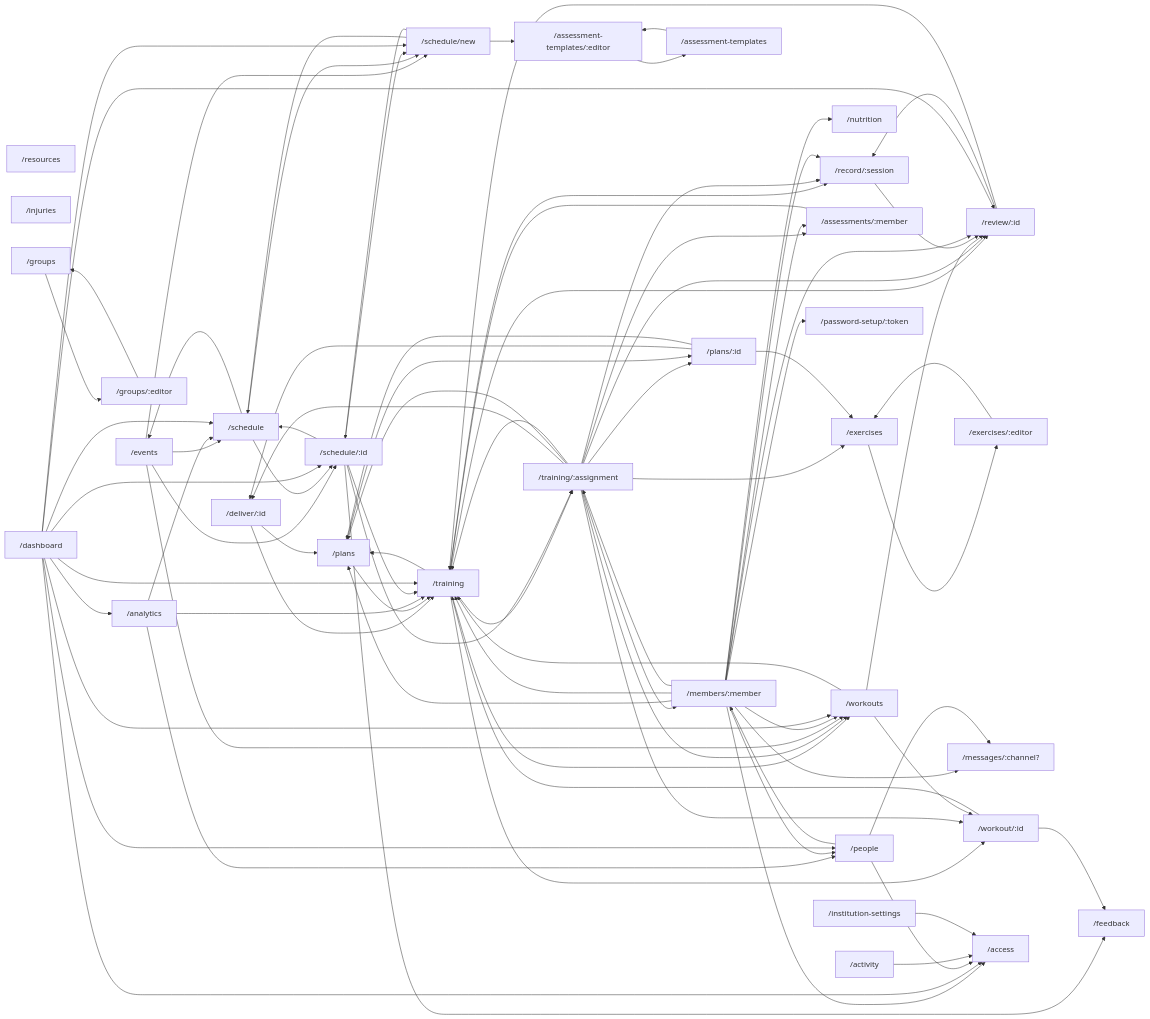
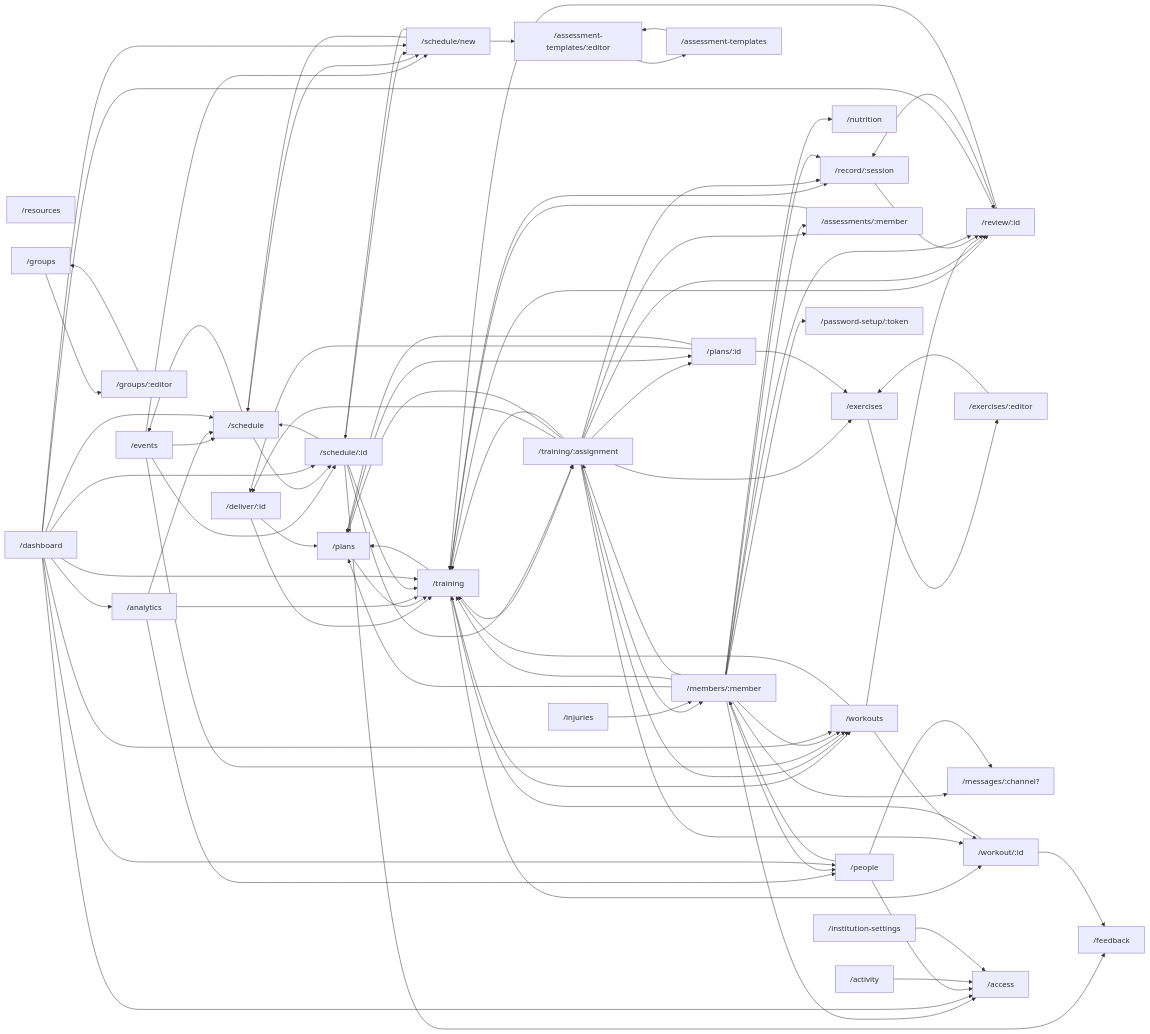
One commit to Rafik-Athlete-Managment/Rafik-OpenSource changed the second of 2 diagrams in docs/reference/frontend/navigation.md. Above: the diagram before and after it, drawn with Mermaid. The commit also changed other lines of this file and 7 other files, not shown here.

```diff
--- a/docs/reference/frontend/navigation.md
+++ b/docs/reference/frontend/navigation.md
@@ -240,6 +240,7 @@
   r8 --> r7
   r10 --> r11
   r11 --> r10
+  r14 --> r25
   r15 --> r28
   r15 --> r17
   r15 --> r2
```
